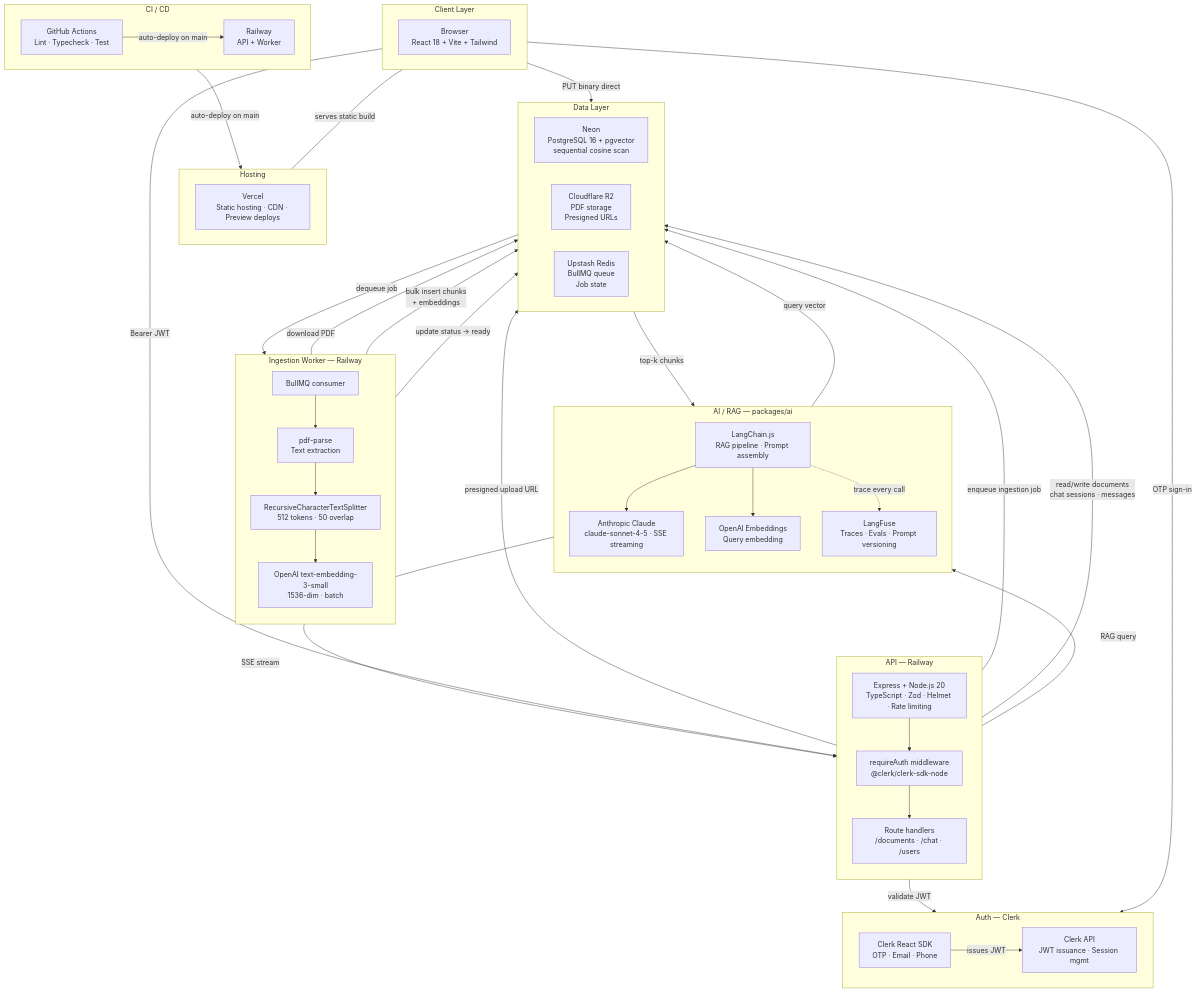
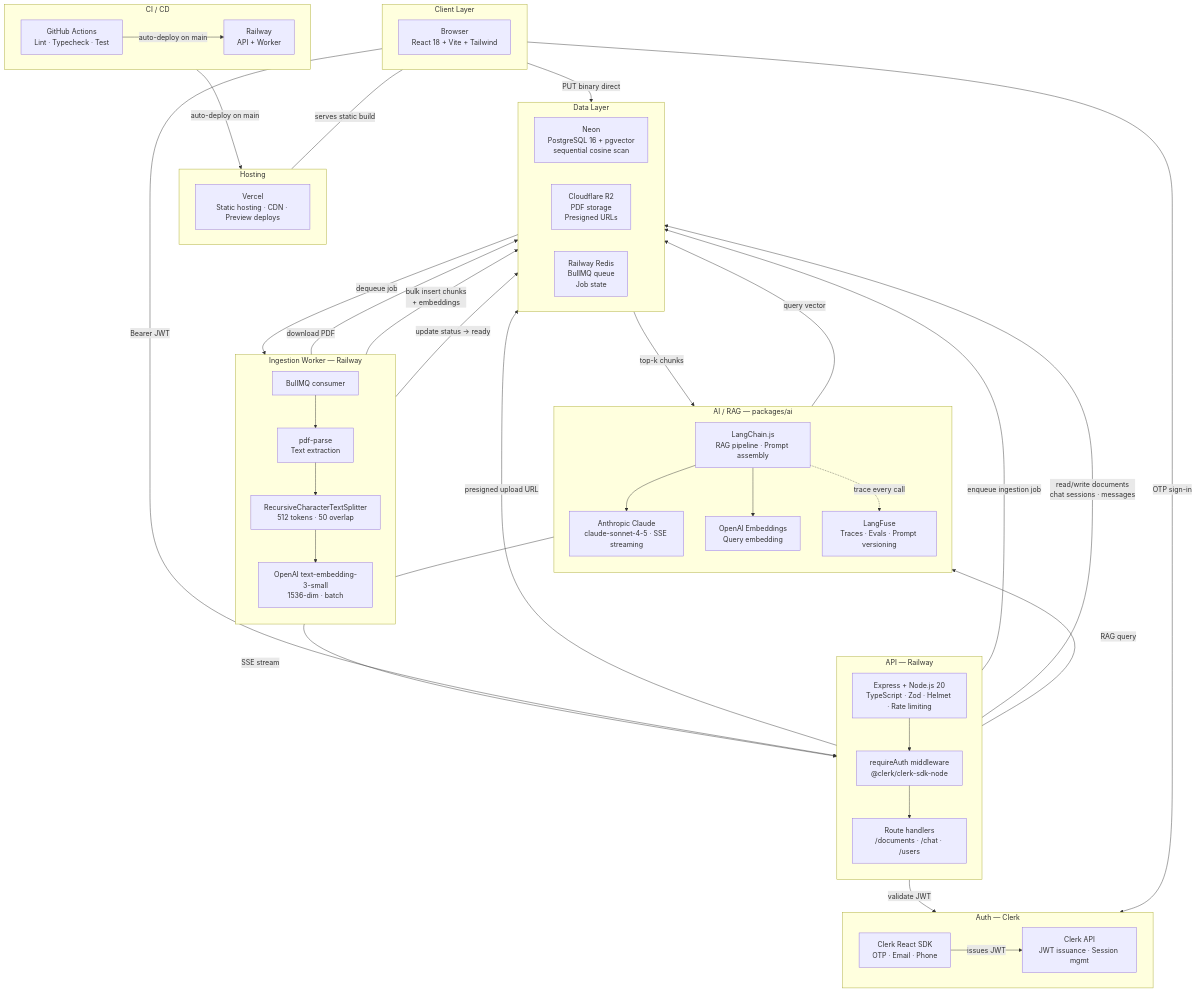
The diagram in docs/architecture.md (doobeedoodoo/home-atlas), drawn with Mermaid before and after one commit. The commit also changed other lines of this file and 2 other files, not shown here.

Commit message:
chore: replace upstash redis with railway redis

```diff
--- a/docs/architecture.md
+++ b/docs/architecture.md
@@ -53,7 +53,7 @@
         direction LR
         NEON["Neon\nPostgreSQL 16 + pgvector\nsequential cosine scan"]
         R2["Cloudflare R2\nPDF storage\nPresigned URLs"]
-        REDIS["Upstash Redis\nBullMQ queue\nJob state"]
+        REDIS["Railway Redis\nBullMQ queue\nJob state"]
     end
 
     subgraph CI["CI / CD"]
```
